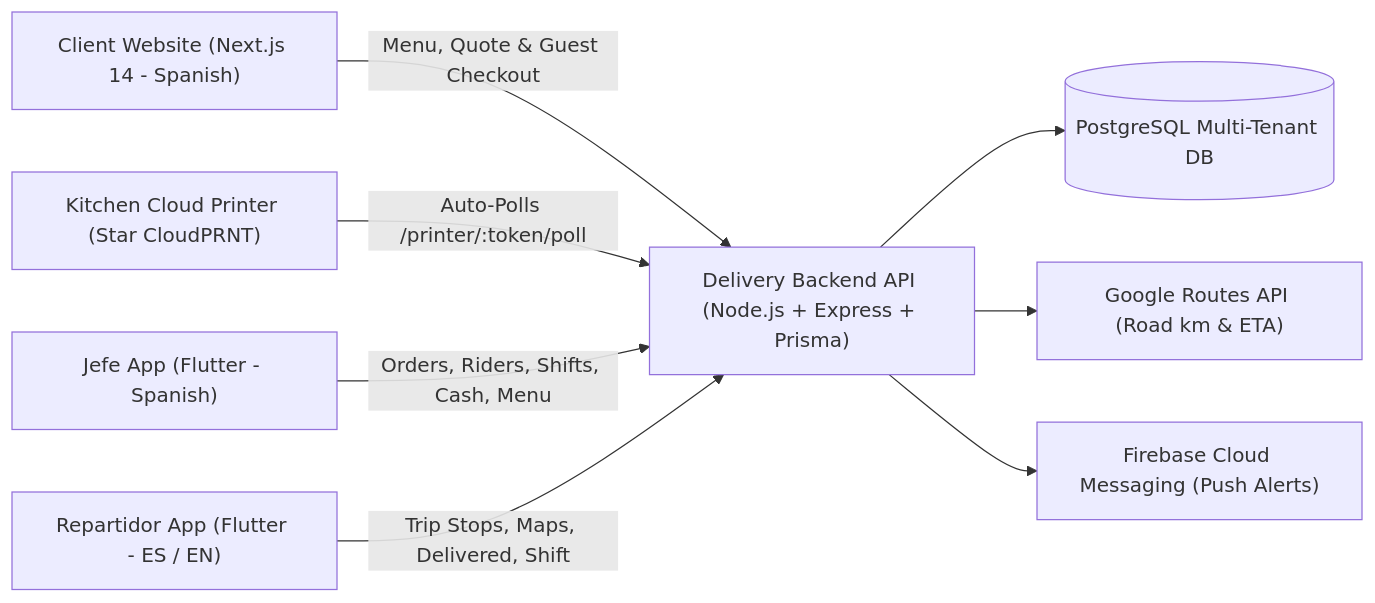
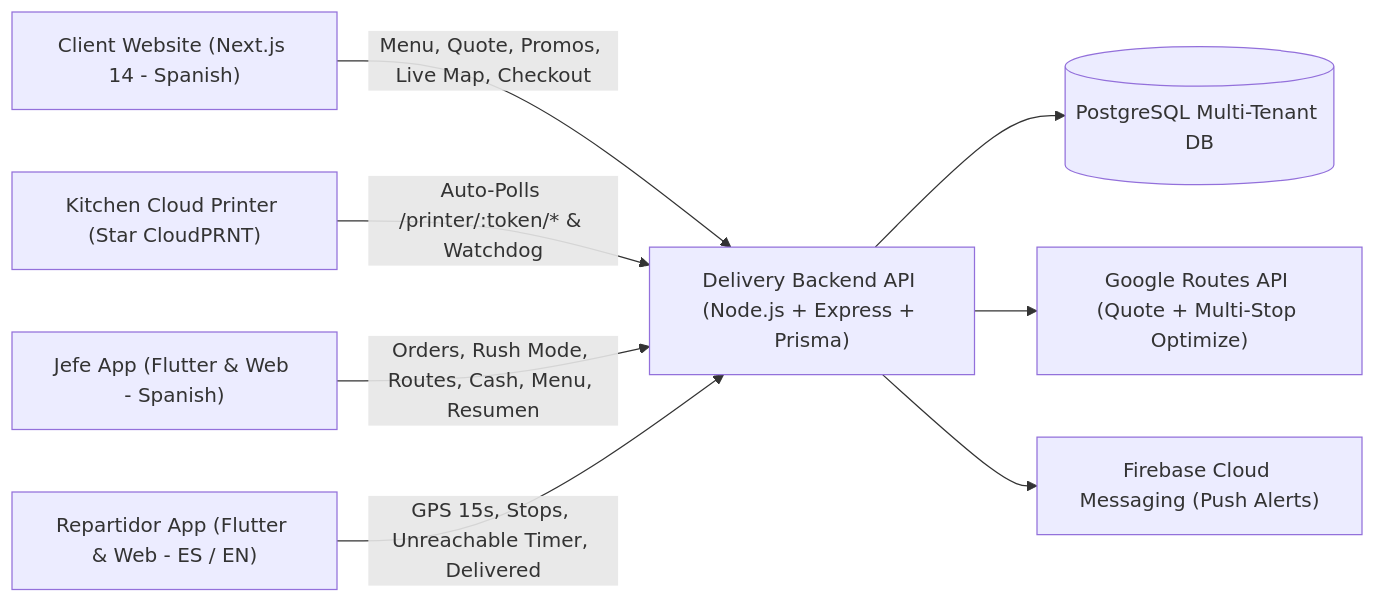
Before and after one commit to RayenTMAR/pizzeria-system: the diagram in README.md, drawn with Mermaid. The commit also changed other lines of this file and 15 other files, not shown here.

Commit message:
Implement product modifiers, Spanish fiscal Veri*factu receipts, multi-stop routing/GPS, and operational resilience

````diff
--- a/README.md
+++ b/README.md
@@ -26,19 +27,19 @@
 ```mermaid
 flowchart LR
   Client["Client Website (Next.js 14 - Spanish)"]
   Printer["Kitchen Cloud Printer (Star CloudPRNT)"]
-  Jefe["Jefe App (Flutter - Spanish)"]
-  Rider["Repartidor App (Flutter - ES / EN)"]
+  Jefe["Jefe App (Flutter & Web - Spanish)"]
+  Rider["Repartidor App (Flutter & Web - ES / EN)"]
   API["Delivery Backend API (Node.js + Express + Prisma)"]
   DB[("PostgreSQL Multi-Tenant DB")]
-  Maps["Google Routes API (Road km & ETA)"]
+  Maps["Google Routes API (Quote + Multi-Stop Optimize)"]
   FCM["Firebase Cloud Messaging (Push Alerts)"]
 
-  Client -->|"Menu, Quote & Guest Checkout"| API
-  Printer -->|"Auto-Polls /printer/:token/poll"| API
-  Jefe -->|"Orders, Riders, Shifts, Cash, Menu"| API
-  Rider -->|"Trip Stops, Maps, Delivered, Shift"| API
+  Client -->|"Menu, Quote, Promos, Live Map, Checkout"| API
+  Printer -->|"Auto-Polls /printer/:token/* & Watchdog"| API
+  Jefe -->|"Orders, Rush Mode, Routes, Cash, Menu, Resumen"| API
+  Rider -->|"GPS 15s, Stops, Unreachable Timer, Delivered"| API
   API --> DB
   API --> Maps
   API --> FCM
 ```
````
